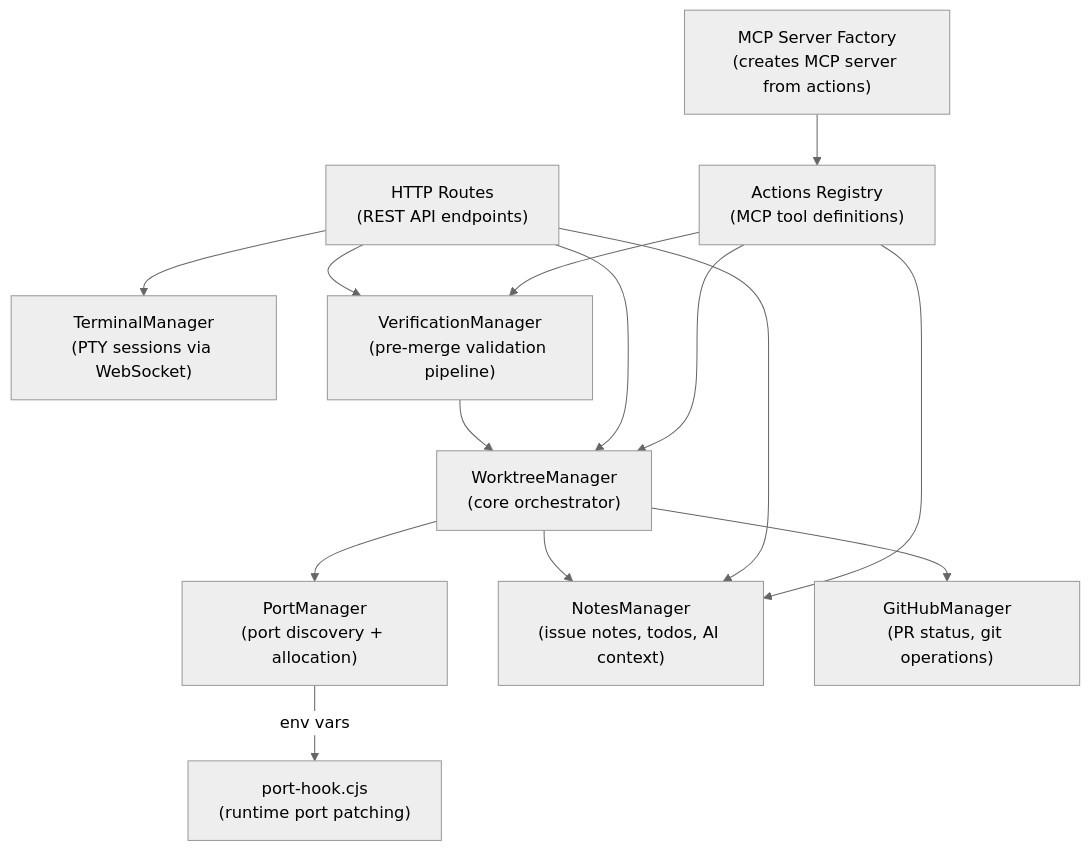
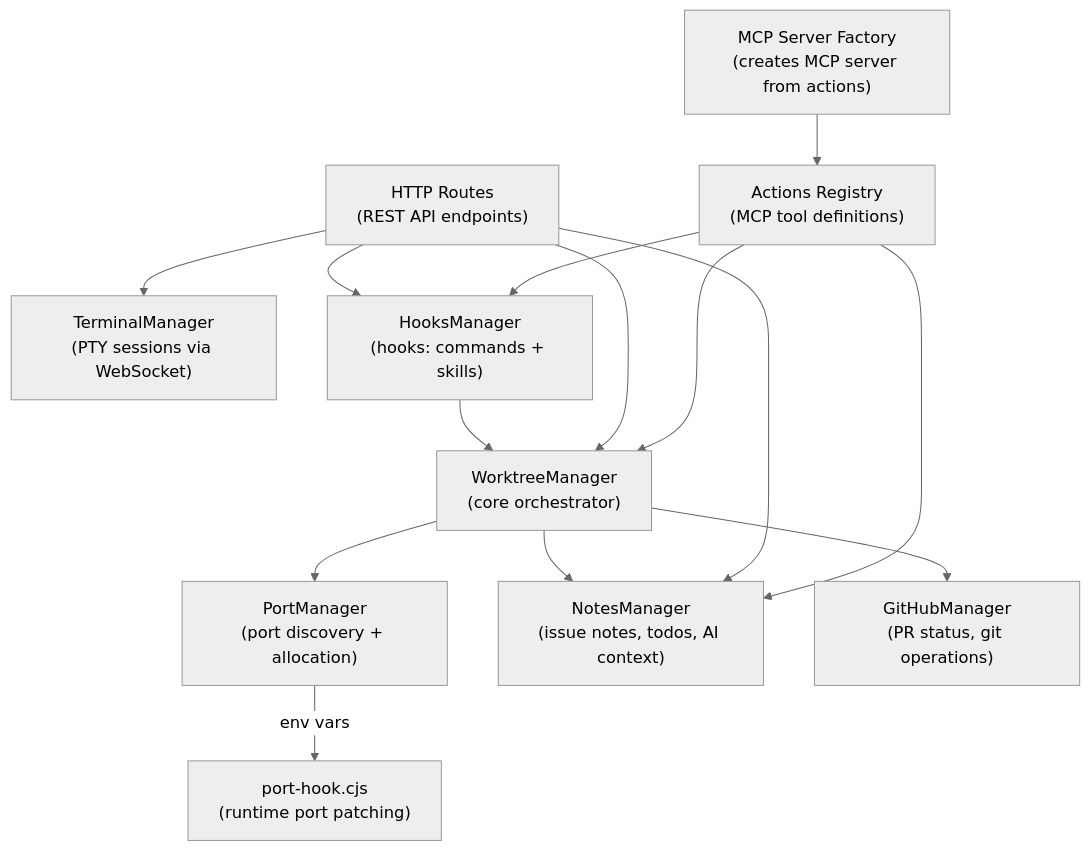
One commit to fum4/worktree-manager changed the second of 3 diagrams in docs/ARCHITECTURE.md. Above: the diagram before and after it, drawn with Mermaid (neutral theme). The commit also changed other lines of this file and 17 other files, not shown here.

````diff
--- a/docs/ARCHITECTURE.md
+++ b/docs/ARCHITECTURE.md
@@ -36,27 +36,27 @@
 ```mermaid
 flowchart TB
     WM["WorktreeManager\n(core orchestrator)"]
     PM["PortManager\n(port discovery + allocation)"]
     TM["TerminalManager\n(PTY sessions via WebSocket)"]
     NM["NotesManager\n(issue notes, todos, AI context)"]
-    VM["VerificationManager\n(pre-merge validation pipeline)"]
+    VM["HooksManager\n(hooks: commands + skills)"]
     GH["GitHubManager\n(PR status, git operations)"]
     Hook["port-hook.cjs\n(runtime port patching)"]
     Actions["Actions Registry\n(MCP tool definitions)"]
     McpFactory["MCP Server Factory\n(creates MCP server from actions)"]
     Routes["HTTP Routes\n(REST API endpoints)"]
 
     WM --> PM
     WM --> NM
     WM --> GH
     VM --> WM
     Routes --> WM
     Routes --> TM
     Routes --> NM
     Routes --> VM
     Actions --> WM
     Actions --> NM
     Actions --> VM
     McpFactory --> Actions
     PM -->|env vars| Hook
 ```
````
